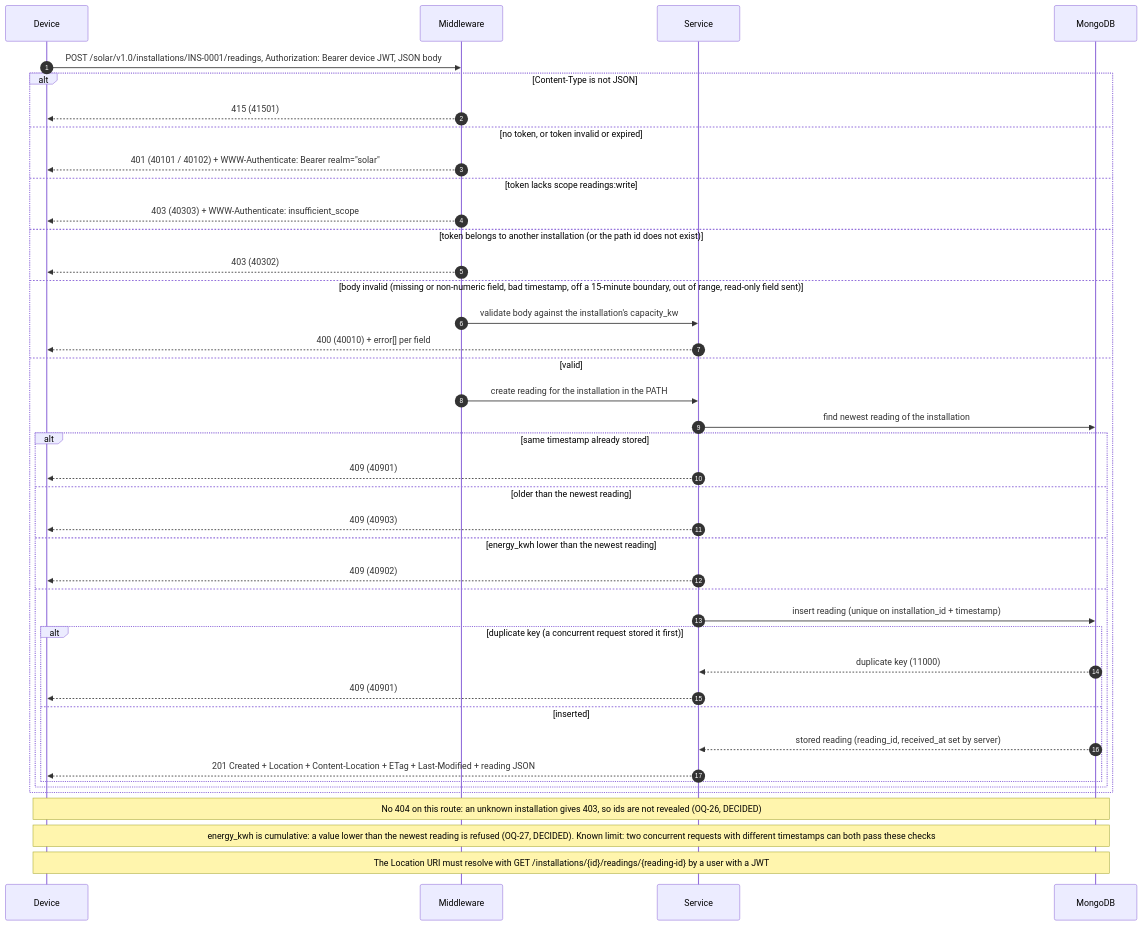
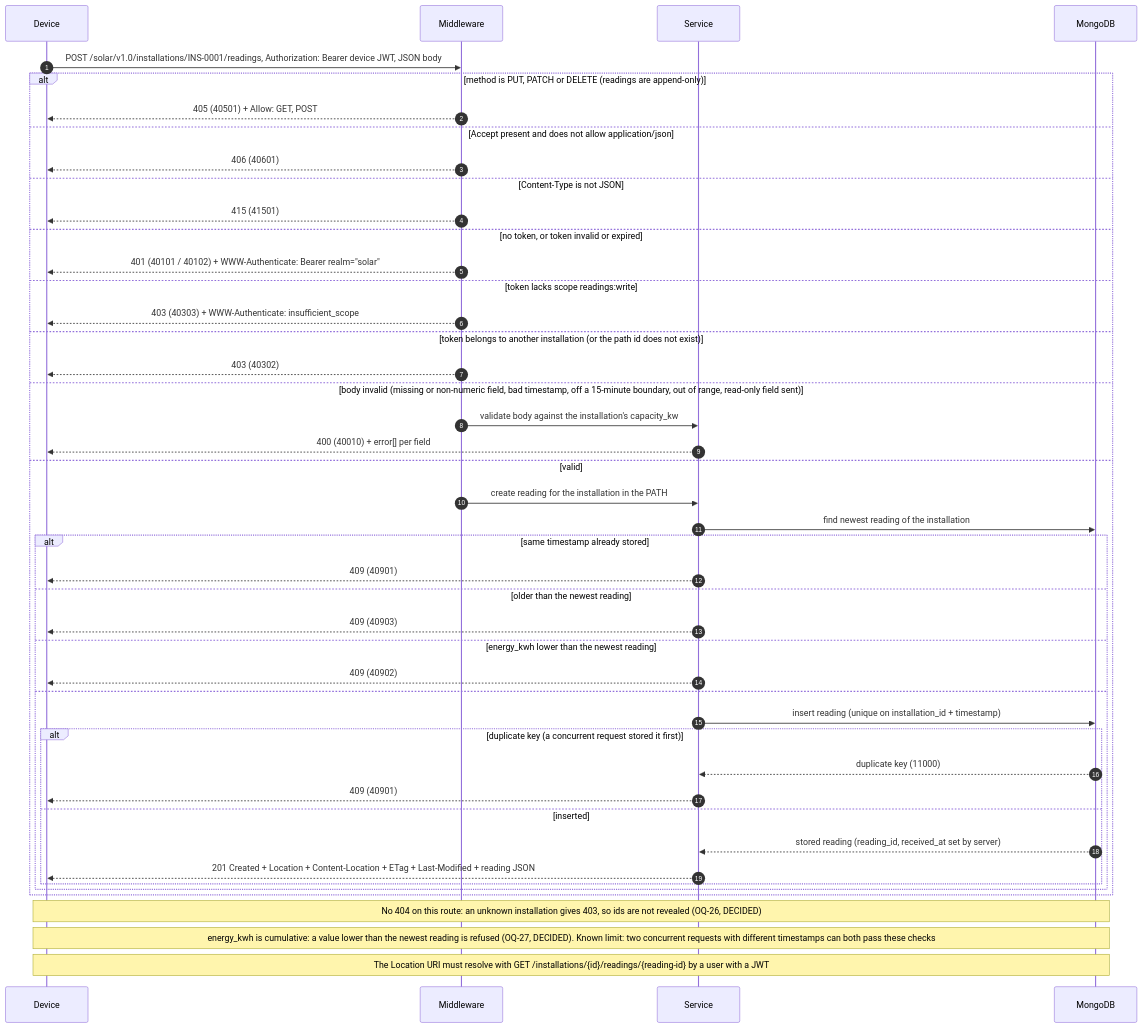
One commit to hashiniRanasinghe/solar-api changed the diagram in docs/design/diagrams/05-flow-ingest-reading.mmd. Above: the diagram before and after it, drawn with Mermaid. The commit also changed 19 other files, not shown here.

Commit message:
feat(api): admin CRUD on installations (key issuance, If-Match/412, 409 on delete with readings) and 405 on read-only URIs

```diff
--- a/docs/design/diagrams/05-flow-ingest-reading.mmd
+++ b/docs/design/diagrams/05-flow-ingest-reading.mmd
@@ -1,46 +1,50 @@
 %% 05-flow-ingest-reading.mmd - Request/response flow: device pushes a reading
 %% Basis: BRIEF §5 (ingestion, correct method, 201 + where it now lives); WP §7.3, §9; LEC S7, S8
 %% Decisions: my-decisions §4, §8, §9.
 %% DECIDED 2026-09-26: OQ-26 (no 404; unknown installation -> 403) and OQ-27 (older -> 409 40903, lower energy_kwh -> 409 40902). Device JWT (revised 2026-09-26). Check order: 405, 406, 415, 401, 403 scope, 403 not own, 400, 409.
 %% No timestamp tolerance / future-time rule is applied (no supporting evidence in coursework or reference material).
 sequenceDiagram
   autonumber
   participant D as Device
   participant M as Middleware
   participant S as Service
   participant DB as MongoDB
   D->>M: POST /solar/v1.0/installations/INS-0001/readings, Authorization: Bearer device JWT, JSON body
-  alt Content-Type is not JSON
+  alt method is PUT, PATCH or DELETE (readings are append-only)
+    M-->>D: 405 (40501) + Allow: GET, POST
+  else Accept present and does not allow application/json
+    M-->>D: 406 (40601)
+  else Content-Type is not JSON
     M-->>D: 415 (41501)
   else no token, or token invalid or expired
     M-->>D: 401 (40101 / 40102) + WWW-Authenticate: Bearer realm="solar"
   else token lacks scope readings:write
     M-->>D: 403 (40303) + WWW-Authenticate: insufficient_scope
   else token belongs to another installation (or the path id does not exist)
     M-->>D: 403 (40302)
   else body invalid (missing or non-numeric field, bad timestamp, off a 15-minute boundary, out of range, read-only field sent)
     M->>S: validate body against the installation's capacity_kw
     S-->>D: 400 (40010) + error[] per field
   else valid
     M->>S: create reading for the installation in the PATH
     S->>DB: find newest reading of the installation
     alt same timestamp already stored
       S-->>D: 409 (40901)
     else older than the newest reading
       S-->>D: 409 (40903)
     else energy_kwh lower than the newest reading
       S-->>D: 409 (40902)
     else
     S->>DB: insert reading (unique on installation_id + timestamp)
     alt duplicate key (a concurrent request stored it first)
       DB-->>S: duplicate key (11000)
       S-->>D: 409 (40901)
     else inserted
       DB-->>S: stored reading (reading_id, received_at set by server)
       S-->>D: 201 Created + Location + Content-Location + ETag + Last-Modified + reading JSON
     end
     end
   end
   Note over D,DB: No 404 on this route: an unknown installation gives 403, so ids are not revealed (OQ-26, DECIDED)
   Note over D,DB: energy_kwh is cumulative: a value lower than the newest reading is refused (OQ-27, DECIDED). Known limit: two concurrent requests with different timestamps can both pass these checks
   Note over D,DB: The Location URI must resolve with GET /installations/{id}/readings/{reading-id} by a user with a JWT
```
